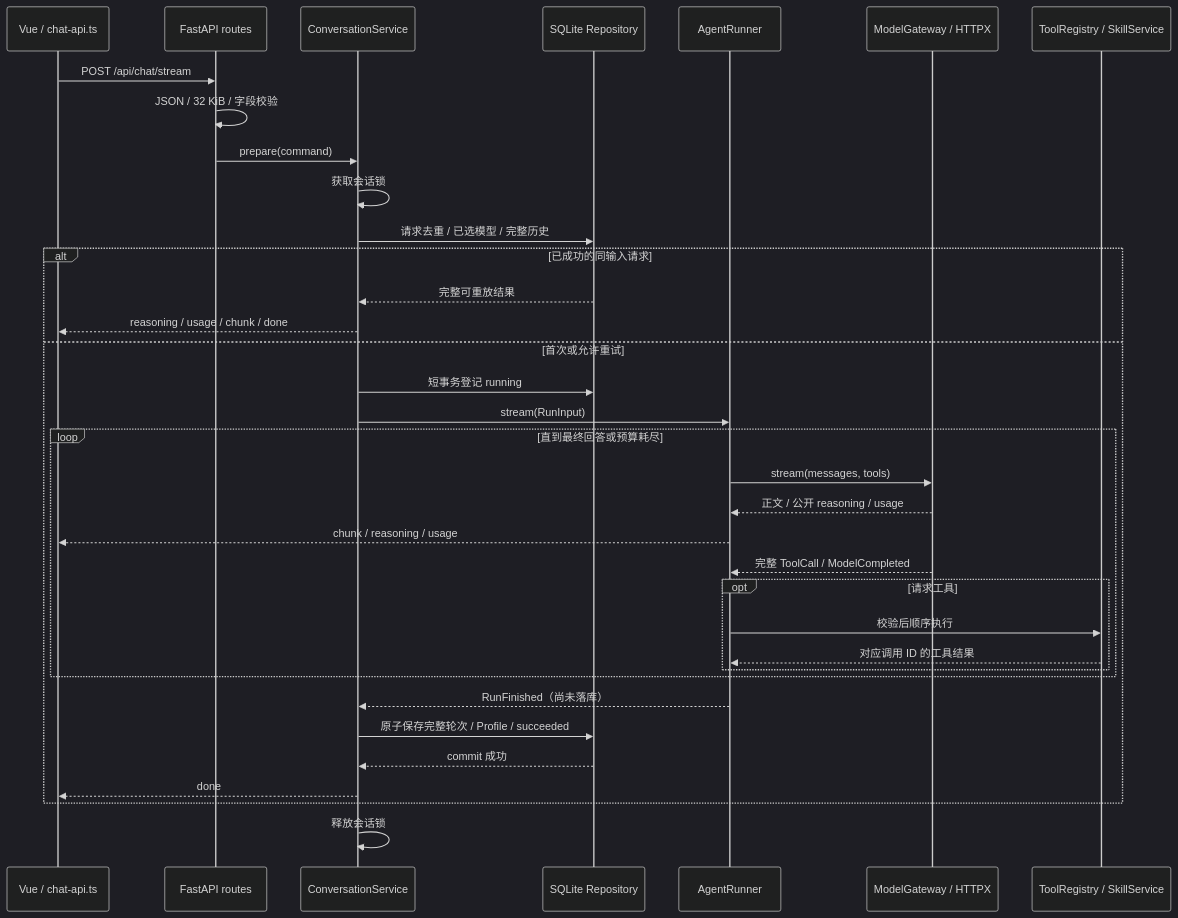
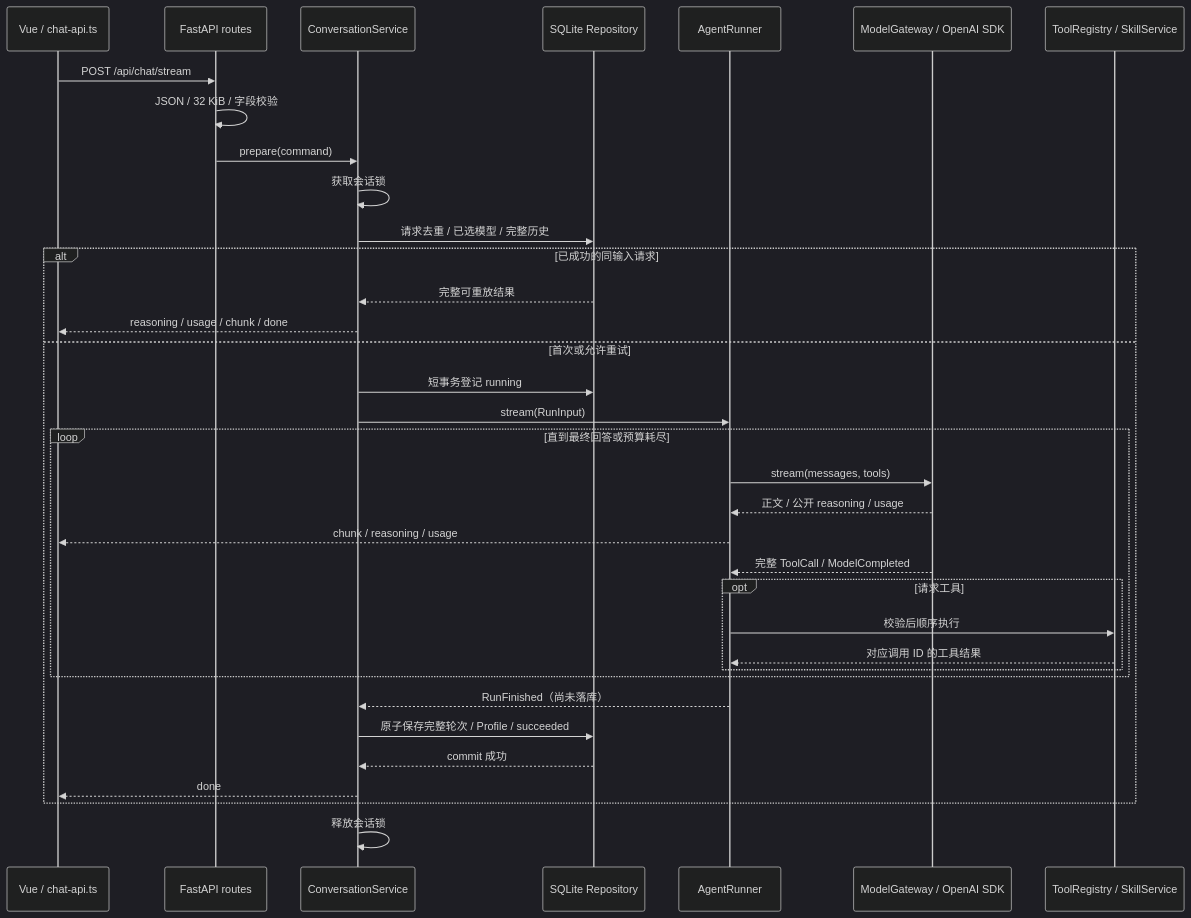
The diagram in backend/docs/http-runtime.md (unicornStargazer/stargazer-agent), drawn with Mermaid (dark theme) before and after one commit. The commit also changed other lines of this file and 64 other files, not shown here.

````diff
--- a/backend/docs/http-runtime.md
+++ b/backend/docs/http-runtime.md
@@ -9,37 +9,37 @@
 ```mermaid
 sequenceDiagram
     participant Web as Vue / chat-api.ts
     participant HTTP as FastAPI routes
     participant App as ConversationService
     participant DB as SQLite Repository
     participant Run as AgentRunner
-    participant Model as ModelGateway / HTTPX
+    participant Model as ModelGateway / OpenAI SDK
     participant Tools as ToolRegistry / SkillService
     Web->>HTTP: POST /api/chat/stream
     HTTP->>HTTP: JSON / 32 KiB / 字段校验
     HTTP->>App: prepare(command)
     App->>App: 获取会话锁
     App->>DB: 请求去重 / 已选模型 / 完整历史
     alt 已成功的同输入请求
         DB-->>App: 完整可重放结果
         App-->>Web: reasoning / usage / chunk / done
     else 首次或允许重试
         App->>DB: 短事务登记 running
         App->>Run: stream(RunInput)
         loop 直到最终回答或预算耗尽
             Run->>Model: stream(messages, tools)
             Model-->>Run: 正文 / 公开 reasoning / usage
             Run-->>Web: chunk / reasoning / usage
             Model-->>Run: 完整 ToolCall / ModelCompleted
             opt 请求工具
                 Run->>Tools: 校验后顺序执行
                 Tools-->>Run: 对应调用 ID 的工具结果
             end
         end
         Run-->>App: RunFinished（尚未落库）
         App->>DB: 原子保存完整轮次 / Profile / succeeded
         DB-->>App: commit 成功
         App-->>Web: done
     end
     App->>App: 释放会话锁
 ```
````
